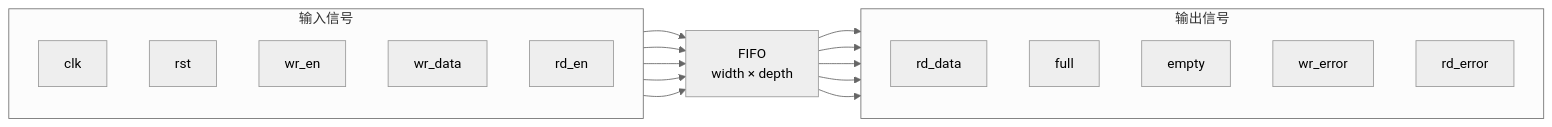
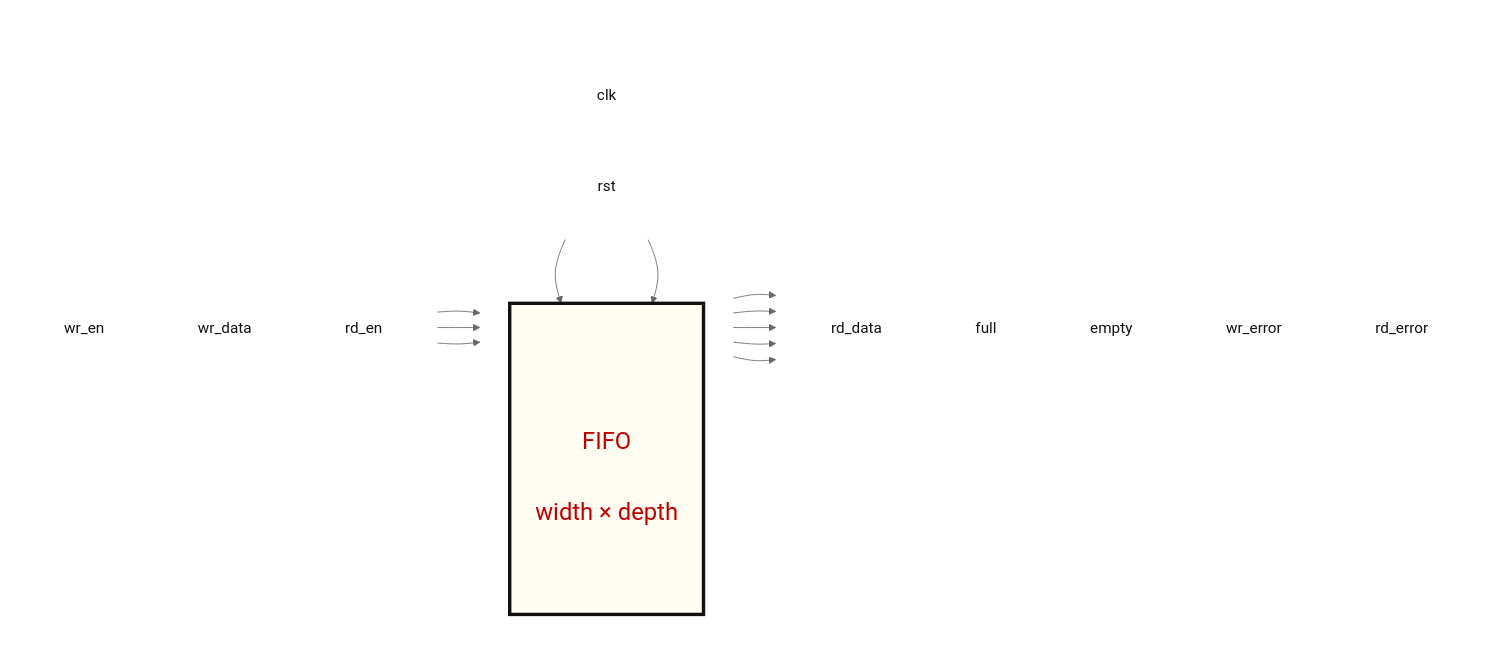
One commit to qingxuanxx/FIFO_UVM changed the diagram in README.md. Above: the diagram before and after it, drawn with Mermaid (neutral theme).

Commit message:
docs: improve FIFO port diagram

````diff
--- a/README.md
+++ b/README.md
@@ -35,34 +35,53 @@
 ```mermaid
 flowchart LR
-    subgraph input_signals[输入信号]
+    subgraph input_signals[ ]
         direction TB
-        clk[clk]
-        rst[rst]
         wr_en[wr_en]
         wr_data[wr_data]
         rd_en[rd_en]
     end
 
-    fifo["FIFO<br/>width × depth"]
+    subgraph fifo_with_control[ ]
+        direction TB
 
-    subgraph output_signals[输出信号]
+        subgraph control_signals[ ]
+            direction LR
+            clk[clk]
+            rst[rst]
+        end
+
+        fifo["<br/><br/><br/>&nbsp;&nbsp;&nbsp;&nbsp;&nbsp;&nbsp;FIFO&nbsp;&nbsp;&nbsp;&nbsp;&nbsp;&nbsp;<br/><br/>width × depth<br/><br/><br/>"]
+
+        clk --> fifo
+        rst --> fifo
+    end
+
+    subgraph output_signals[ ]
         direction TB
         rd_data[rd_data]
         full[full]
         empty[empty]
         wr_error[wr_error]
         rd_error[rd_error]
     end
 
-    clk --> fifo
-    rst --> fifo
     wr_en --> fifo
     wr_data --> fifo
     rd_en --> fifo
 
     fifo --> rd_data
     fifo --> full
     fifo --> empty
     fifo --> wr_error
     fifo --> rd_error
+
+    classDef signal fill:transparent,stroke:transparent,color:#111,font-size:18px;
+    classDef fifo_block fill:#fffdf2,stroke:#111,stroke-width:4px,color:#c00000,font-size:28px;
+
+    class clk,rst,wr_en,wr_data,rd_en,rd_data,full,empty,wr_error,rd_error signal;
+    class fifo fifo_block;
+    style input_signals fill:transparent,stroke:transparent
+    style fifo_with_control fill:transparent,stroke:transparent
+    style control_signals fill:transparent,stroke:transparent
+    style output_signals fill:transparent,stroke:transparent
 ```
````
